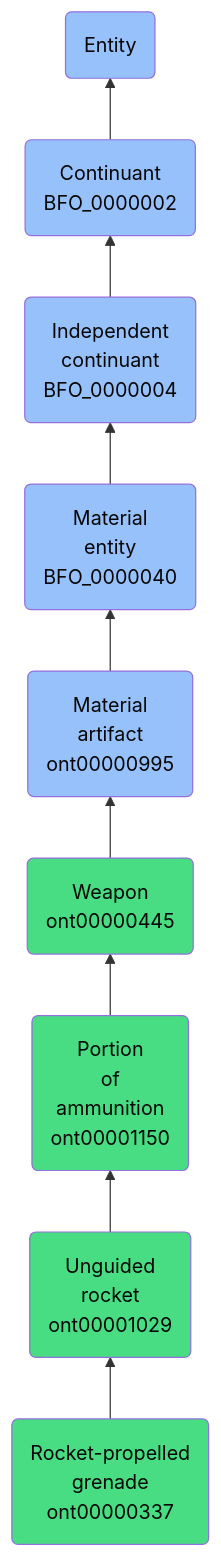
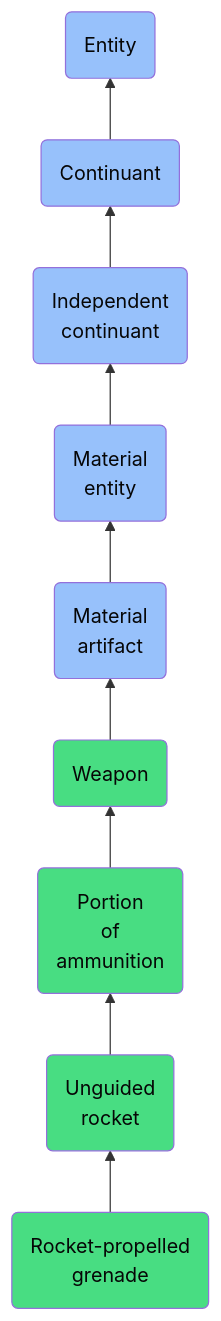
The diagram in docs/ontology/reference/model/Entity/Continuant/Independent continuant/Material entity/Material artifact/Weapon/Portion of ammunition/Unguided rocket/Rocket-propelled grenade/Rocket-propelled grenade.md (jupyter-naas/abi), drawn with Mermaid before and after one commit. The commit also changed other lines of this file and 1430 other files, not shown here.

````diff
--- a/docs/ontology/reference/model/Entity/Continuant/Independent continuant/Material entity/Material artifact/Weapon/Portion of ammunition/Unguided rocket/Rocket-propelled grenade/Rocket-propelled grenade.md
+++ b/docs/ontology/reference/model/Entity/Continuant/Independent continuant/Material entity/Material artifact/Weapon/Portion of ammunition/Unguided rocket/Rocket-propelled grenade/Rocket-propelled grenade.md
@@ -24,16 +24,16 @@
 ```mermaid
 graph BT
-    ont00000337(Rocket-propelled<br>grenade<br>ont00000337):::ABI-->ont00001029
-    ont00001029(Unguided<br>rocket<br>ont00001029):::ABI-->ont00001150
-    ont00001150(Portion<br>of<br>ammunition<br>ont00001150):::ABI-->ont00000445
-    ont00000445(Weapon<br>ont00000445):::ABI-->ont00000995
-    ont00000995(Material<br>artifact<br>ont00000995):::BFO-->BFO_0000040
-    BFO_0000040(Material<br>entity<br>BFO_0000040):::BFO-->BFO_0000004
-    BFO_0000004(Independent<br>continuant<br>BFO_0000004):::BFO-->BFO_0000002
-    BFO_0000002(Continuant<br>BFO_0000002):::BFO-->BFO_0000001
+    ont00000337(Rocket-propelled<br>grenade):::ABI-->ont00001029
+    ont00001029(Unguided<br>rocket):::ABI-->ont00001150
+    ont00001150(Portion<br>of<br>ammunition):::ABI-->ont00000445
+    ont00000445(Weapon):::ABI-->ont00000995
+    ont00000995(Material<br>artifact):::BFO-->BFO_0000040
+    BFO_0000040(Material<br>entity):::BFO-->BFO_0000004
+    BFO_0000004(Independent<br>continuant):::BFO-->BFO_0000002
+    BFO_0000002(Continuant):::BFO-->BFO_0000001
     BFO_0000001(Entity):::BFO
     
     classDef BFO fill:#97c1fb,color:#060606
     classDef CCO fill:#e4c51e,color:#060606
     classDef ABI fill:#48DD82,color:#060606
 ```
````
